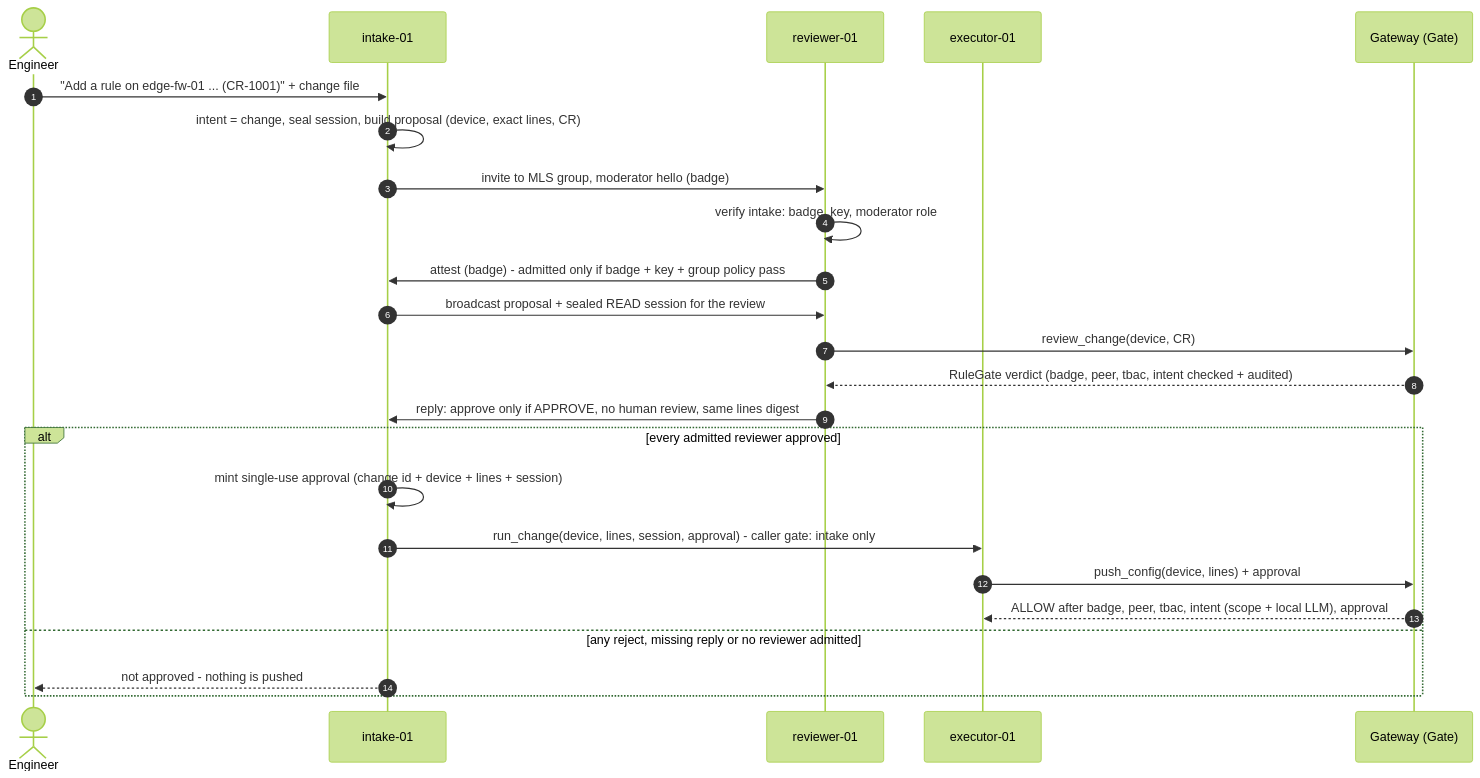
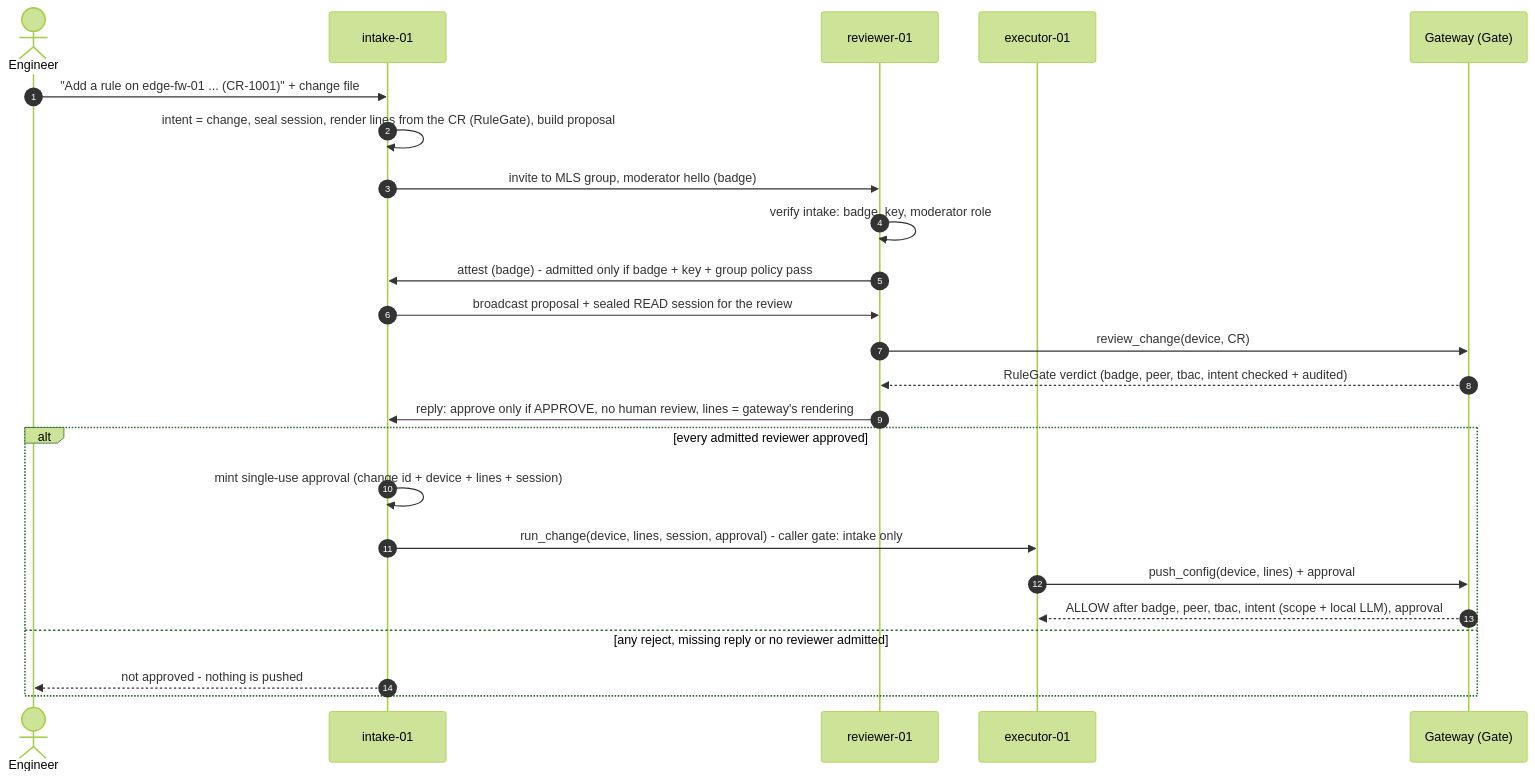
One commit to natrajexplore/Agntcy_TrustSec changed the second of 3 diagrams in README.md. Above: the diagram before and after it, drawn with Mermaid (forest theme). The commit also changed other lines of this file and 25 other files, not shown here.

````diff
--- a/README.md
+++ b/README.md
@@ -108,26 +108,26 @@
 ```mermaid
 sequenceDiagram
     autonumber
     actor E as Engineer
     participant I as intake-01
     participant R as reviewer-01
     participant X as executor-01
     participant G as Gateway (Gate)
     E->>I: "Add a rule on edge-fw-01 ... (CR-1001)" + change file
-    I->>I: intent = change, seal session, build proposal (device, exact lines, CR)
+    I->>I: intent = change, seal session, render lines from the CR (RuleGate), build proposal
     I->>R: invite to MLS group, moderator hello (badge)
     R->>R: verify intake: badge, key, moderator role
     R->>I: attest (badge) - admitted only if badge + key + group policy pass
     I->>R: broadcast proposal + sealed READ session for the review
     R->>G: review_change(device, CR)
     G-->>R: RuleGate verdict (badge, peer, tbac, intent checked + audited)
-    R->>I: reply: approve only if APPROVE, no human review, same lines digest
+    R->>I: reply: approve only if APPROVE, no human review, lines = gateway's rendering
     alt every admitted reviewer approved
         I->>I: mint single-use approval (change id + device + lines + session)
         I->>X: run_change(device, lines, session, approval) - caller gate: intake only
         X->>G: push_config(device, lines) + approval
         G-->>X: ALLOW after badge, peer, tbac, intent (scope + local LLM), approval
     else any reject, missing reply or no reviewer admitted
         I-->>E: not approved - nothing is pushed
     end
 ```
````
